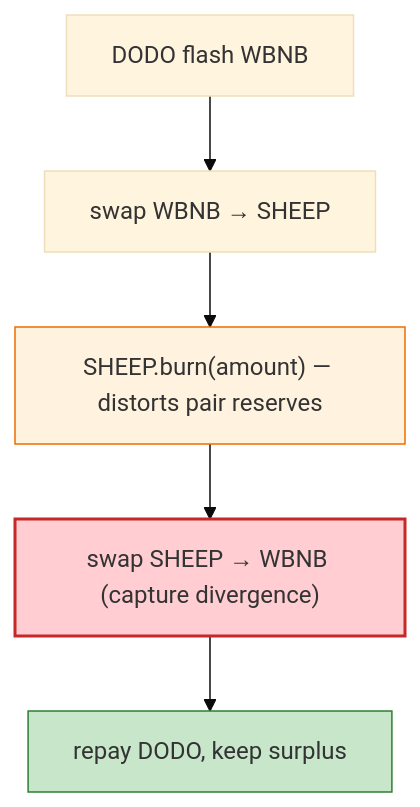
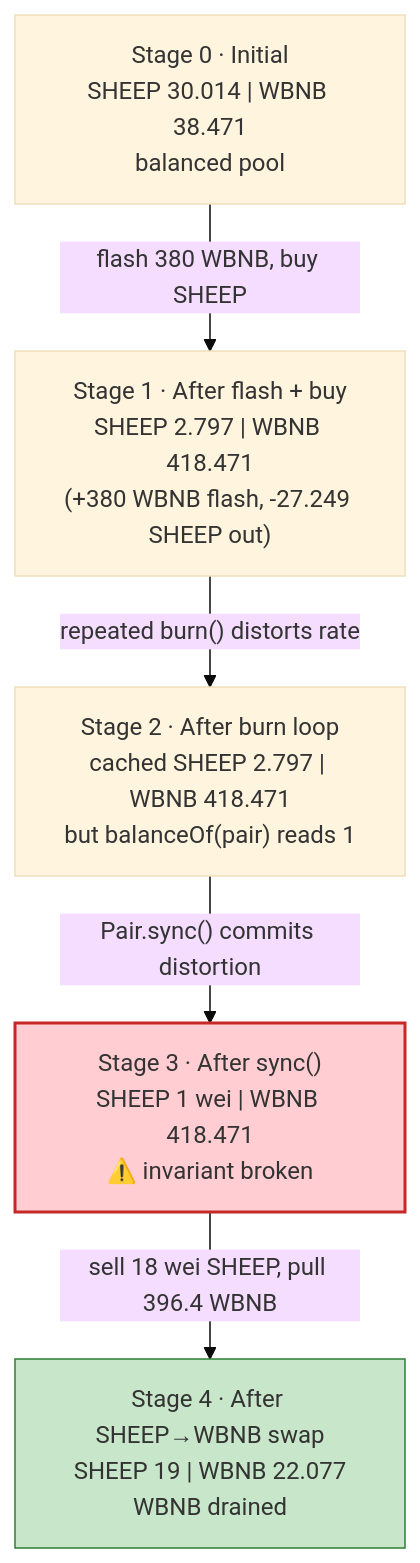
The second of 4 diagrams in 2023-02-Sheep_exp/Sheep_exp.md (sanbir/evm-hack-registry), drawn with Mermaid (base theme) before and after one commit. The commit also changed other lines of this file and 52 other files, not shown here.

````diff
--- a/2023-02-Sheep_exp/Sheep_exp.md
+++ b/2023-02-Sheep_exp/Sheep_exp.md
@@ -38,11 +304,16 @@
 ```mermaid
 flowchart TD
-    FL["DODO flash WBNB"] --> SW1["swap WBNB → SHEEP"]
-    SW1 --> B["SHEEP.burn(amount) — distorts pair reserves"]
-    B --> SW2["swap SHEEP → WBNB (capture divergence)"]
-    SW2 --> RP["repay DODO, keep surplus"]
+    S0["Stage 0 · Initial<br/>SHEEP 30.014 | WBNB 38.471<br/>balanced pool"]
+    S1["Stage 1 · After flash + buy<br/>SHEEP 2.797 | WBNB 418.471<br/>(+380 WBNB flash, -27.249 SHEEP out)"]
+    S2["Stage 2 · After burn loop<br/>cached SHEEP 2.797 | WBNB 418.471<br/>but balanceOf(pair) reads 1"]
+    S3["Stage 3 · After sync()<br/>SHEEP 1 wei | WBNB 418.471<br/>⚠️ invariant broken"]
+    S4["Stage 4 · After SHEEP→WBNB swap<br/>SHEEP 19 | WBNB 22.077<br/>WBNB drained"]
 
-    style B fill:#fff3e0,stroke:#ef6c00
-    style SW2 fill:#ffcdd2,stroke:#c62828,stroke-width:2px
-    style RP fill:#c8e6c9,stroke:#2e7d32
+    S0 -->|"flash 380 WBNB, buy SHEEP"| S1
+    S1 -->|"repeated burn() distorts rate"| S2
+    S2 -->|"Pair.sync() commits distortion"| S3
+    S3 -->|"sell 18 wei SHEEP, pull 396.4 WBNB"| S4
+
+    style S3 fill:#ffcdd2,stroke:#c62828,stroke-width:2px
+    style S4 fill:#c8e6c9,stroke:#2e7d32
 ```
````
